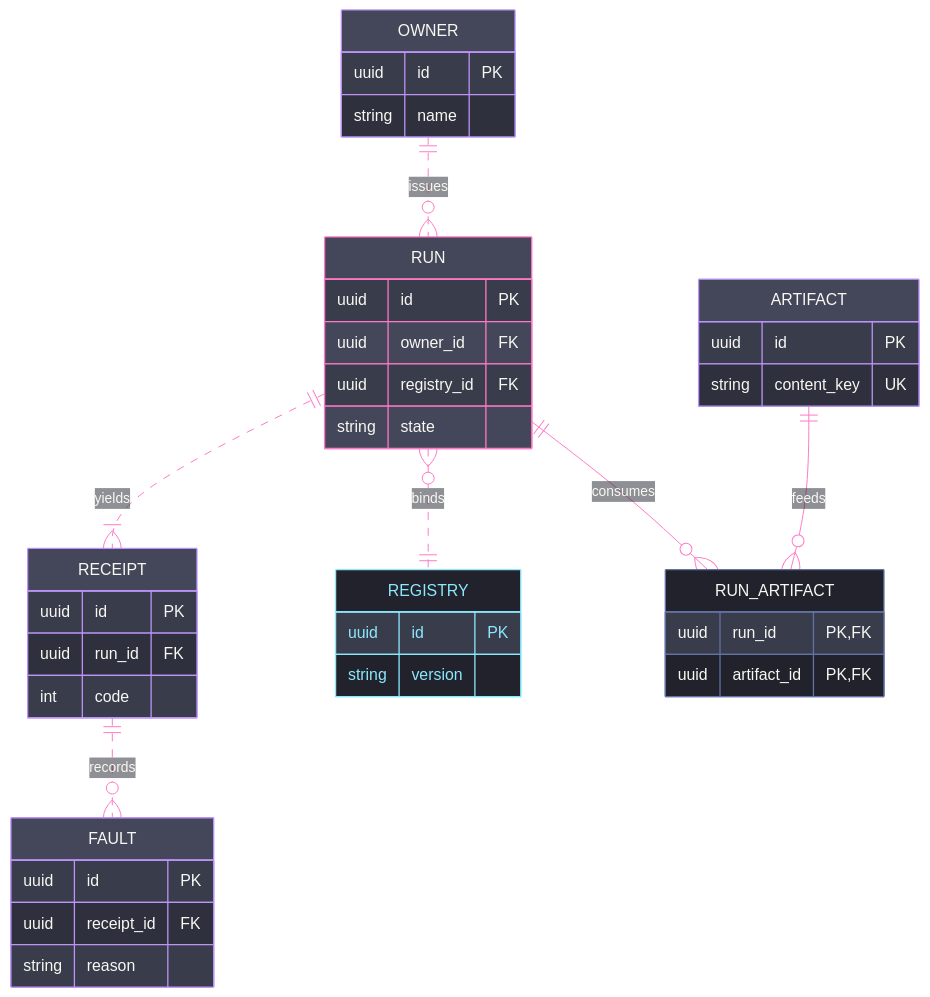
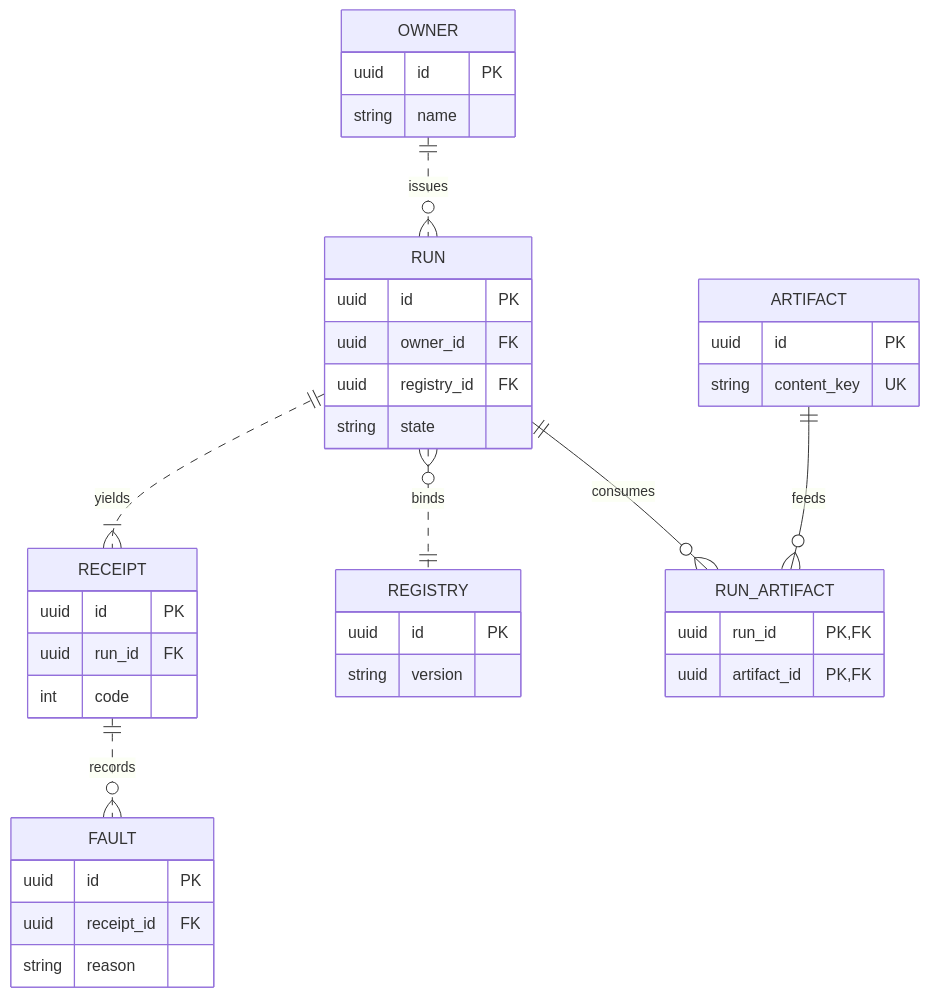
The diagram in .claude/skills/mermaid-diagramming/templates/schema.mmd.md (bsamiee/Rasm), drawn with Mermaid before and after one commit. The commit also changed other lines of this file and 28 other files, not shown here.

Commit message:
skills(docgen+mermaid): payload-only diagram law — docgen gate/fixer strips fence styling; mermaid bundle sheds the styling canon, theming survives as one opt-in reference

````diff
--- a/.claude/skills/mermaid-diagramming/templates/schema.mmd.md
+++ b/.claude/skills/mermaid-diagramming/templates/schema.mmd.md
@@ -5,71 +5,43 @@
 ```mermaid
----
-config:
-  theme: base
-  look: classic
-  themeVariables:
-    darkMode: true
-    fontFamily: "SF Mono, Menlo, Cascadia Mono, Segoe UI Mono, Consolas, monospace"
-    useGradient: false
-    dropShadow: "none"
-    background: "#282A36"
-    primaryColor: "#44475A"
-    primaryTextColor: "#F8F8F2"
-    primaryBorderColor: "#BD93F9"
-    nodeBorder: "#BD93F9"
-    lineColor: "#FF79C6"
-    textColor: "#F8F8F2"
-    tertiaryColor: "#21222C"
-    edgeLabelBackground: "#21222C"
-    attributeBackgroundColorOdd: "#282A36"
-    attributeBackgroundColorEven: "#21222C"
-  themeCSS: ".nodeLabel{font-size:12px}.name .nodeLabel{font-size:13px;font-weight:600}.edgeLabel .nodeLabel{font-size:12px;font-weight:500}.relationshipLine{stroke-width:2px}.edge-pattern-dashed{stroke-width:1.5px;stroke-dasharray:6 6}.marker path,.marker circle{transform:scale(.8);transform-origin:5px 5px}.marker circle{fill:#282A36}.node rect,.node path{stroke-width:1.5px;filter:none!important}.er.entityBox{filter:none}"
----
 erDiagram
     accTitle: Artifact index schema
     accDescr: Runs issued by an owner yielding receipts and faults, consuming content-keyed artifacts through an identifying junction, bound to an externally owned tool registry, with non-identifying relations dashed.
     OWNER ||..o{ RUN : issues
     RUN ||..|{ RECEIPT : yields
     RUN }o..|| REGISTRY : binds
     RECEIPT ||..o{ FAULT : records
     RUN ||--o{ RUN_ARTIFACT : consumes
     ARTIFACT ||--o{ RUN_ARTIFACT : feeds
     OWNER {
         uuid id PK
         string name
     }
     RUN {
         uuid id PK
         uuid owner_id FK
         uuid registry_id FK
         string state
     }
     RECEIPT {
         uuid id PK
         uuid run_id FK
         int code
     }
     REGISTRY {
         uuid id PK
         string version
     }
     FAULT {
         uuid id PK
         uuid receipt_id FK
         string reason
     }
     ARTIFACT {
         uuid id PK
         string content_key UK
     }
     RUN_ARTIFACT {
         uuid run_id PK, FK
         uuid artifact_id PK, FK
     }
-    classDef primary fill:#44475A,stroke:#FF79C6,color:#F8F8F2
-    classDef recessed fill:#21222C,stroke:#6272A4,color:#F8F8F2
-    classDef external fill:#21222C,stroke:#8BE9FD,color:#8BE9FD
-    class RUN primary
-    class RUN_ARTIFACT recessed
-    class REGISTRY external
 ```
````
